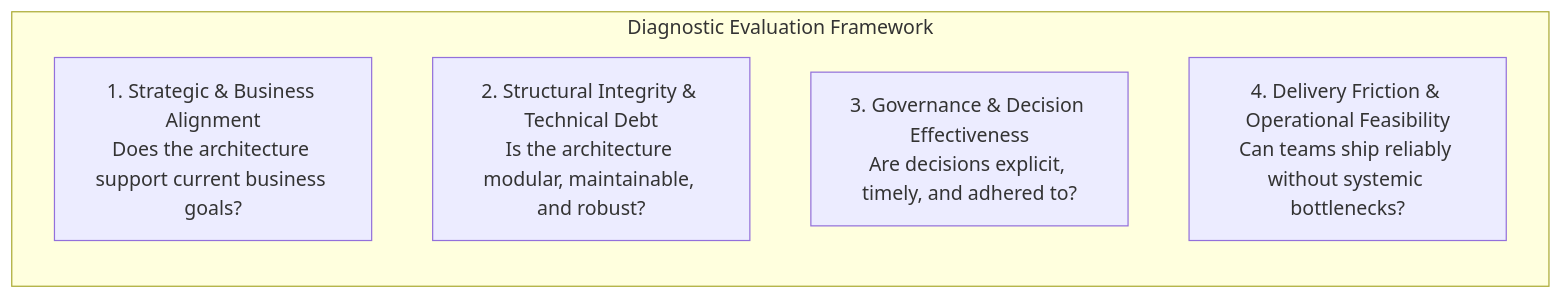
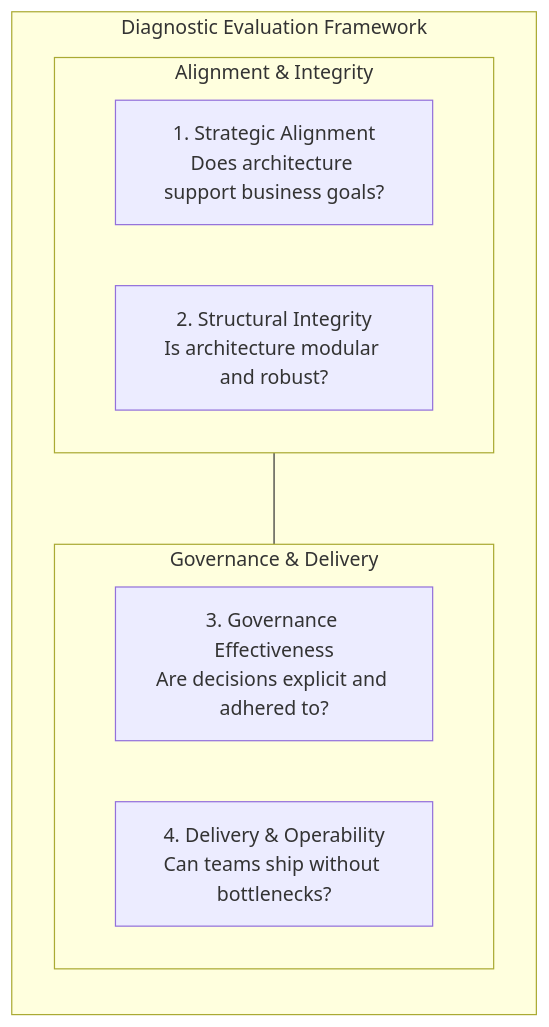
Before and after one commit to avfranco-br/portfolio: the second of 3 diagrams in docs/sop/methods/architecture-health-check.md, drawn with Mermaid. The commit also changed 10 other files, not shown here.

Commit message:
Refactor Mermaid diagrams across SOP and methods documentation for legibility

````diff
--- a/docs/sop/methods/architecture-health-check.md
+++ b/docs/sop/methods/architecture-health-check.md
@@ -60,9 +60,17 @@
 ```mermaid
-flowchart LR
+flowchart TD
     subgraph Dimensions["Diagnostic Evaluation Framework"]
-        D1["1. Strategic & Business Alignment<br/>Does the architecture support current business goals?"]
-        D2["2. Structural Integrity & Technical Debt<br/>Is the architecture modular, maintainable, and robust?"]
-        D3["3. Governance & Decision Effectiveness<br/>Are decisions explicit, timely, and adhered to?"]
-        D4["4. Delivery Friction & Operational Feasibility<br/>Can teams ship reliably without systemic bottlenecks?"]
+        direction TB
+        subgraph Row1["Alignment & Integrity"]
+            direction LR
+            D1["1. Strategic Alignment<br/>Does architecture support business goals?"]
+            D2["2. Structural Integrity<br/>Is architecture modular and robust?"]
+        end
+        subgraph Row2["Governance & Delivery"]
+            direction LR
+            D3["3. Governance Effectiveness<br/>Are decisions explicit and adhered to?"]
+            D4["4. Delivery & Operability<br/>Can teams ship without bottlenecks?"]
+        end
+        Row1 --- Row2
     end
 ```
````
